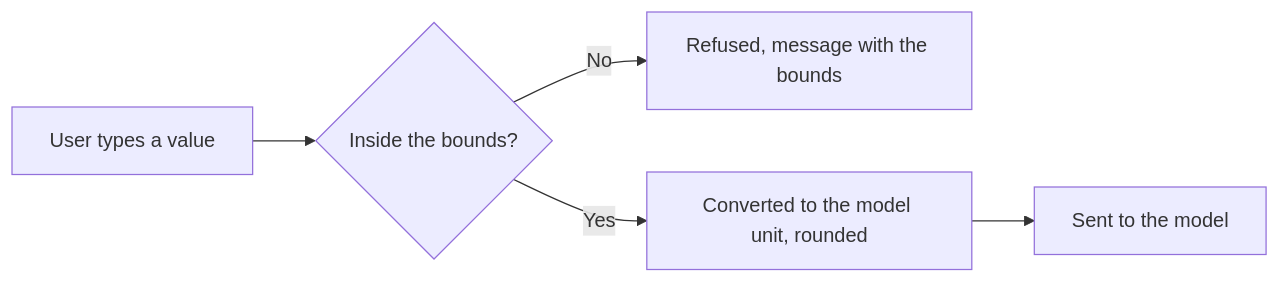
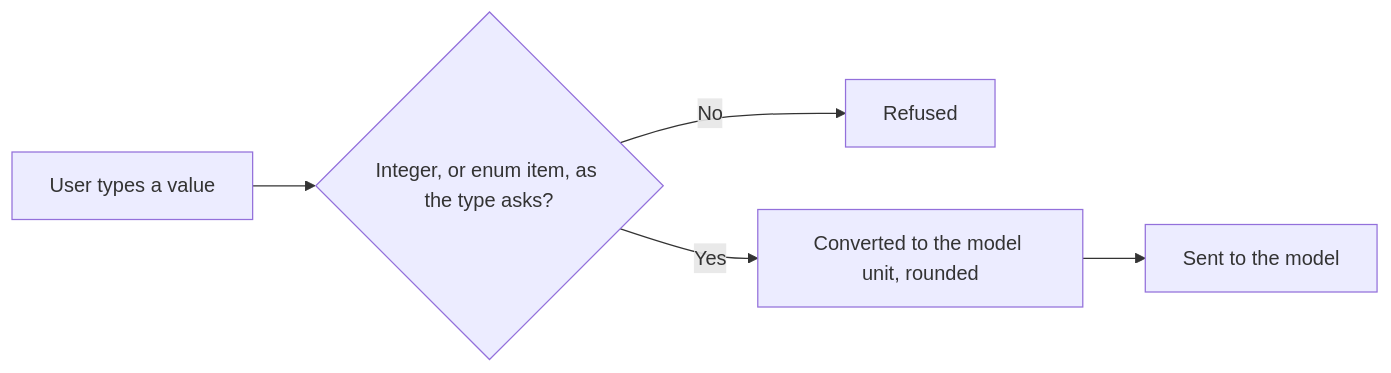
One commit to AlexandreGallais/synoptic-studio-spec changed the fourth of 5 diagrams in metadata/09-presets.md. Above: the diagram before and after it, drawn with Mermaid. The commit also changed other lines of this file and 11 other files, not shown here.

````diff
--- a/metadata/09-presets.md
+++ b/metadata/09-presets.md
@@ -132,6 +131,6 @@
 ```mermaid
 flowchart LR
-    T["User types a value"] --> C{"Inside the bounds?"}
-    C -- "No" --> R["Refused, message with the bounds"]
+    T["User types a value"] --> C{"Integer, or enum item, as the type asks?"}
+    C -- "No" --> R["Refused"]
     C -- "Yes" --> B["Converted to the model unit, rounded"] --> M["Sent to the model"]
 ```
````
